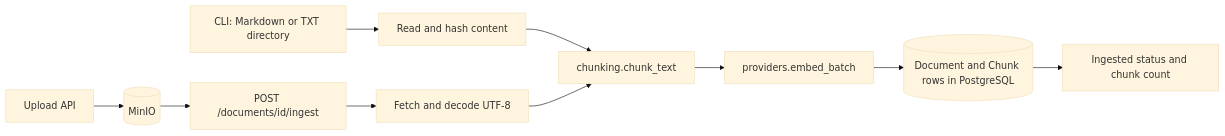
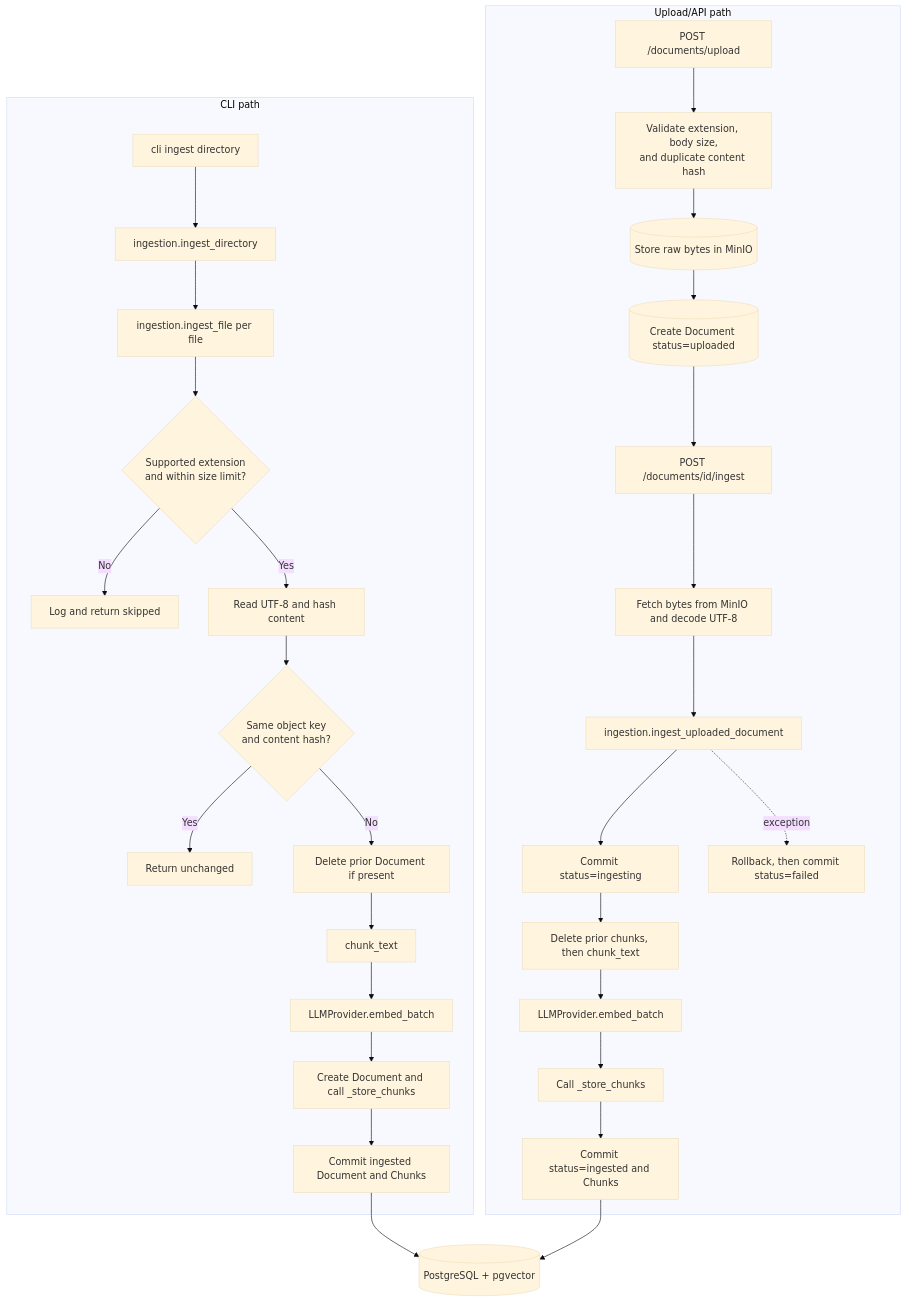
Before and after one commit to Linhsmiler47/enterprise-rag-knowledge-assistant: the second of 2 diagrams in docs/architecture.md, drawn with Mermaid (base theme). The commit also changed other lines of this file, not shown here.

Commit message:
docs: align architecture flows and roadmap

````diff
--- a/docs/architecture.md
+++ b/docs/architecture.md
@@ -33,12 +43,35 @@
 ```mermaid
-flowchart LR
-    Cli[CLI: Markdown or TXT directory] --> Load[Read and hash content]
-    Upload[Upload API] --> MinIO[(MinIO)]
-    MinIO --> Trigger[POST /documents/id/ingest]
-    Trigger --> Decode[Fetch and decode UTF-8]
-    Load --> Chunk[chunking.chunk_text]
-    Decode --> Chunk
-    Chunk --> Batch[providers.embed_batch]
-    Batch --> Store[(Document and Chunk rows in PostgreSQL)]
-    Store --> Status[Ingested status and chunk count]
+flowchart TD
+    subgraph CLI[CLI path]
+        Command[cli ingest directory] --> Directory[ingestion.ingest_directory]
+        Directory --> File[ingestion.ingest_file per file]
+        File --> FileGuard{Supported extension<br/>and within size limit?}
+        FileGuard -- No --> Skip[Log and return skipped]
+        FileGuard -- Yes --> Read[Read UTF-8 and hash content]
+        Read --> Changed{Same object key<br/>and content hash?}
+        Changed -- Yes --> Unchanged[Return unchanged]
+        Changed -- No --> Replace[Delete prior Document if present]
+        Replace --> CliChunk[chunk_text]
+        CliChunk --> CliEmbed[LLMProvider.embed_batch]
+        CliEmbed --> CliStore[Create Document and call _store_chunks]
+        CliStore --> CliCommit[Commit ingested Document and Chunks]
+    end
+
+    subgraph Upload[Upload/API path]
+        UploadRequest[POST /documents/upload] --> UploadGuard[Validate extension, body size,<br/>and duplicate content hash]
+        UploadGuard --> Raw[(Store raw bytes in MinIO)]
+        Raw --> Uploaded[(Create Document status=uploaded)]
+        Uploaded --> Trigger[POST /documents/id/ingest]
+        Trigger --> Fetch[Fetch bytes from MinIO and decode UTF-8]
+        Fetch --> IngestUpload[ingestion.ingest_uploaded_document]
+        IngestUpload --> Ingesting[Commit status=ingesting]
+        Ingesting --> UploadChunk[Delete prior chunks, then chunk_text]
+        UploadChunk --> UploadEmbed[LLMProvider.embed_batch]
+        UploadEmbed --> UploadStore[Call _store_chunks]
+        UploadStore --> UploadCommit[Commit status=ingested and Chunks]
+        IngestUpload -. exception .-> Failed[Rollback, then commit status=failed]
+    end
+
+    CliCommit --> Database[(PostgreSQL + pgvector)]
+    UploadCommit --> Database
 ```
````
